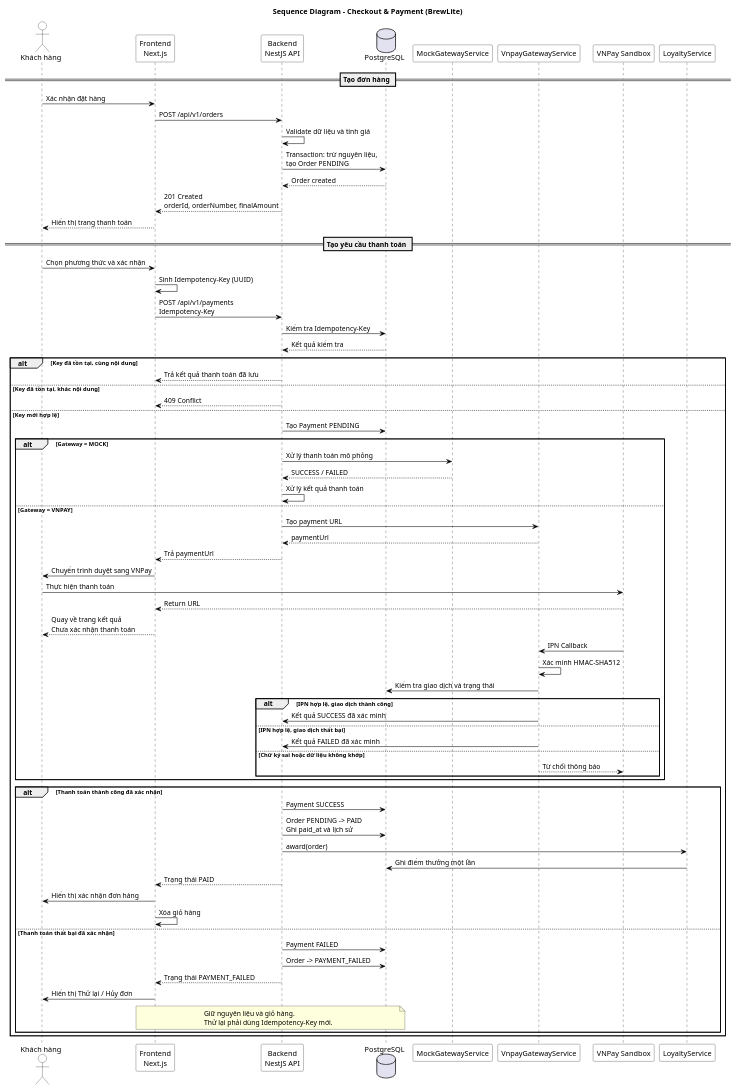
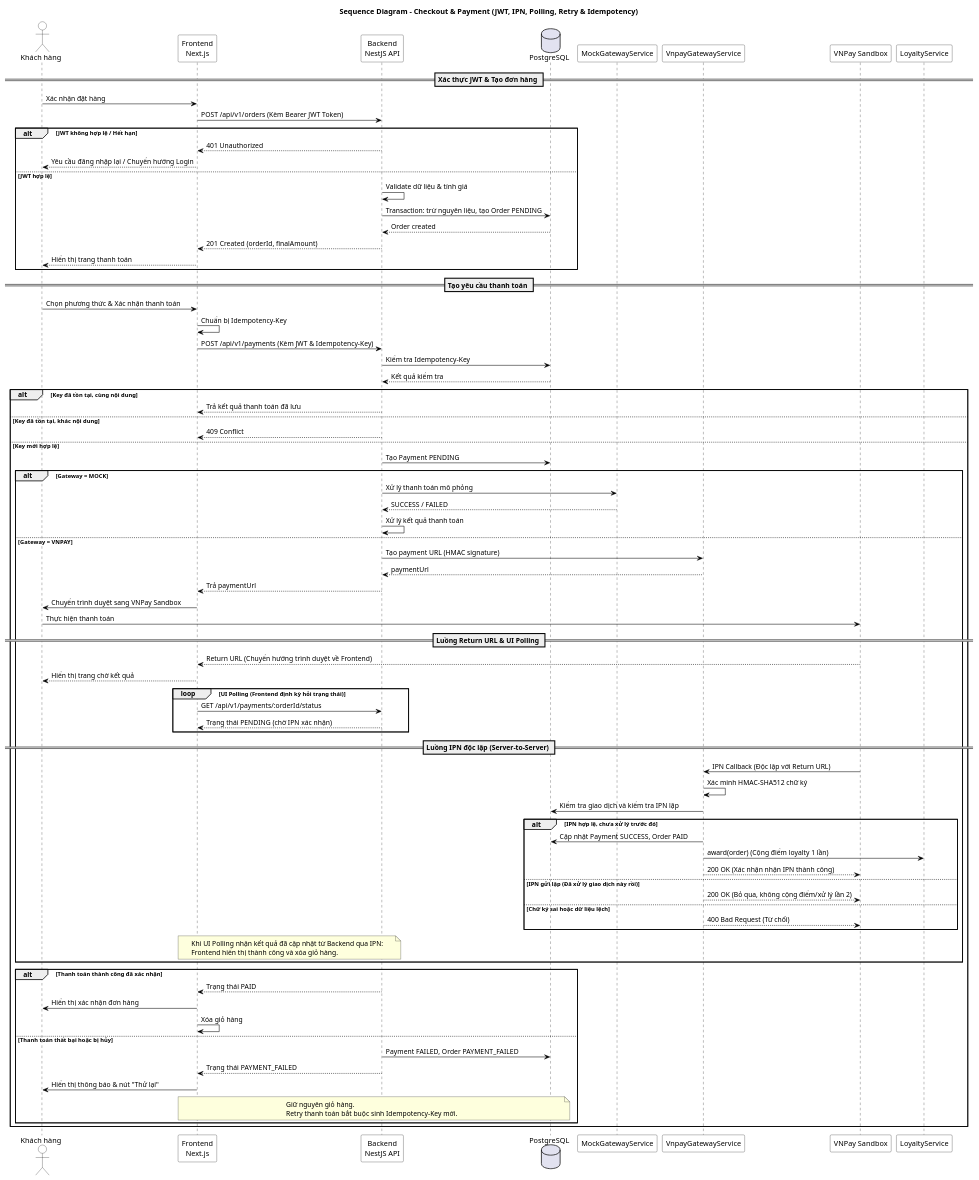
The diagram in docs/diagrams/sequence-checkout.puml (ChienPM-27/BrewLite_assignment2), drawn with PlantUML before and after one commit. The commit also changed other lines of this file and 7 other files, not shown here.

```diff
--- a/docs/diagrams/sequence-checkout.puml
+++ b/docs/diagrams/sequence-checkout.puml
@@ -2,97 +1,110 @@
-@startuml sequence-checkout
-title Sequence Diagram - Checkout & Payment (BrewLite)
+@startuml
+title Sequence Diagram - Checkout & Payment (JWT, IPN, Polling, Retry & Idempotency)
 
 skinparam shadowing false
 skinparam defaultFontName Arial
 skinparam sequence {
     ArrowColor black
     LifeLineBorderColor black
     ParticipantBorderColor black
     ParticipantBackgroundColor white
     ActorBorderColor black
     ActorBackgroundColor white
 }
 
 actor "Khách hàng" as Customer
 participant "Frontend\nNext.js" as FE
 participant "Backend\nNestJS API" as BE
 database "PostgreSQL" as DB
 participant "MockGatewayService" as Mock
 participant "VnpayGatewayService" as Vnpay
 participant "VNPay Sandbox" as VNPay
 participant "LoyaltyService" as Loyalty
 
-== Tạo đơn hàng ==
+== Xác thực JWT & Tạo đơn hàng ==
 
 Customer -> FE: Xác nhận đặt hàng
-FE -> BE: POST /api/v1/orders
-BE -> BE: Validate dữ liệu và tính giá
-BE -> DB: Transaction: trừ nguyên liệu,\ntạo Order PENDING
-DB --> BE: Order created
-BE --> FE: 201 Created\norderId, orderNumber, finalAmount
-FE --> Customer: Hiển thị trang thanh toán
+FE -> BE: POST /api/v1/orders (Kèm Bearer JWT Token)
+alt JWT không hợp lệ / Hết hạn
+    BE --> FE: 401 Unauthorized
+    FE --> Customer: Yêu cầu đăng nhập lại / Chuyển hướng Login
+else JWT hợp lệ
+    BE -> BE: Validate dữ liệu & tính giá
+    BE -> DB: Transaction: trừ nguyên liệu, tạo Order PENDING
+    DB --> BE: Order created
+    BE --> FE: 201 Created (orderId, finalAmount)
+    FE --> Customer: Hiển thị trang thanh toán
+end
 
 == Tạo yêu cầu thanh toán ==
 
-Customer -> FE: Chọn phương thức và xác nhận
-FE -> FE: Sinh Idempotency-Key (UUID)
-FE -> BE: POST /api/v1/payments\nIdempotency-Key
+Customer -> FE: Chọn phương thức & Xác nhận thanh toán
+FE -> FE: Chuẩn bị Idempotency-Key
+FE -> BE: POST /api/v1/payments (Kèm JWT & Idempotency-Key)
 
 BE -> DB: Kiểm tra Idempotency-Key
 DB --> BE: Kết quả kiểm tra
 
 alt Key đã tồn tại, cùng nội dung
     BE --> FE: Trả kết quả thanh toán đã lưu
 else Key đã tồn tại, khác nội dung
     BE --> FE: 409 Conflict
 else Key mới hợp lệ
     BE -> DB: Tạo Payment PENDING
 
     alt Gateway = MOCK
         BE -> Mock: Xử lý thanh toán mô phỏng
         Mock --> BE: SUCCESS / FAILED
         BE -> BE: Xử lý kết quả thanh toán
     else Gateway = VNPAY
-        BE -> Vnpay: Tạo payment URL
+        BE -> Vnpay: Tạo payment URL (HMAC signature)
         Vnpay --> BE: paymentUrl
         BE --> FE: Trả paymentUrl
-        FE -> Customer: Chuyển trình duyệt sang VNPay
+        FE -> Customer: Chuyển trình duyệt sang VNPay Sandbox
         Customer -> VNPay: Thực hiện thanh toán
 
-        VNPay --> FE: Return URL
-        FE --> Customer: Quay về trang kết quả\nChưa xác nhận thanh toán
+        == Luồng Return URL & UI Polling ==
+        VNPay --> FE: Return URL (Chuyển hướng trình duyệt về Frontend)
+        FE --> Customer: Hiển thị trang chờ kết quả
+        
+        loop UI Polling (Frontend định kỳ hỏi trạng thái)
+            FE -> BE: GET /api/v1/payments/:orderId/status
+            BE --> FE: Trạng thái PENDING (chờ IPN xác nhận)
+        end
 
-        VNPay -> Vnpay: IPN Callback
-        Vnpay -> Vnpay: Xác minh HMAC-SHA512
-        Vnpay -> DB: Kiểm tra giao dịch và trạng thái
+        == Luồng IPN độc lập (Server-to-Server) ==
+        VNPay -> Vnpay: IPN Callback (Độc lập với Return URL)
+        Vnpay -> Vnpay: Xác minh HMAC-SHA512 chữ ký
+        Vnpay -> DB: Kiểm tra giao dịch và kiểm tra IPN lặp
 
-        alt IPN hợp lệ, giao dịch thành công
-            Vnpay -> BE: Kết quả SUCCESS đã xác minh
-        else IPN hợp lệ, giao dịch thất bại
-            Vnpay -> BE: Kết quả FAILED đã xác minh
-        else Chữ ký sai hoặc dữ liệu không khớp
-            Vnpay --> VNPay: Từ chối thông báo
+        alt IPN hợp lệ, chưa xử lý trước đó
+            Vnpay -> DB: Cập nhật Payment SUCCESS, Order PAID
+            Vnpay -> Loyalty: award(order) (Cộng điểm loyalty 1 lần)
+            Vnpay --> VNPay: 200 OK (Xác nhận nhận IPN thành công)
+        else IPN gửi lặp (Đã xử lý giao dịch này rồi)
+            Vnpay --> VNPay: 200 OK (Bỏ qua, không cộng điểm/xử lý lần 2)
+        else Chữ ký sai hoặc dữ liệu lệch
+            Vnpay --> VNPay: 400 Bad Request (Từ chối)
         end
+        
+        note over FE, BE
+            Khi UI Polling nhận kết quả đã cập nhật từ Backend qua IPN:
+            Frontend hiển thị thành công và xóa giỏ hàng.
+        end note
     end
 
     alt Thanh toán thành công đã xác nhận
-        BE -> DB: Payment SUCCESS
-        BE -> DB: Order PENDING -> PAID\nGhi paid_at và lịch sử
-        BE -> Loyalty: award(order)
-        Loyalty -> DB: Ghi điểm thưởng một lần
         BE --> FE: Trạng thái PAID
         FE -> Customer: Hiển thị xác nhận đơn hàng
         FE -> FE: Xóa giỏ hàng
-    else Thanh toán thất bại đã xác nhận
-        BE -> DB: Payment FAILED
-        BE -> DB: Order -> PAYMENT_FAILED
+    else Thanh toán thất bại hoặc bị hủy
+        BE -> DB: Payment FAILED, Order PAYMENT_FAILED
         BE --> FE: Trạng thái PAYMENT_FAILED
-        FE -> Customer: Hiển thị Thử lại / Hủy đơn
-        note over FE,DB
-            Giữ nguyên liệu và giỏ hàng.
-            Thử lại phải dùng Idempotency-Key mới.
+        FE -> Customer: Hiển thị thông báo & nút "Thử lại"
+        note over FE, DB
+            Giữ nguyên giỏ hàng.
+            Retry thanh toán bắt buộc sinh Idempotency-Key mới.
         end note
     end
 end
-
 @enduml
```
